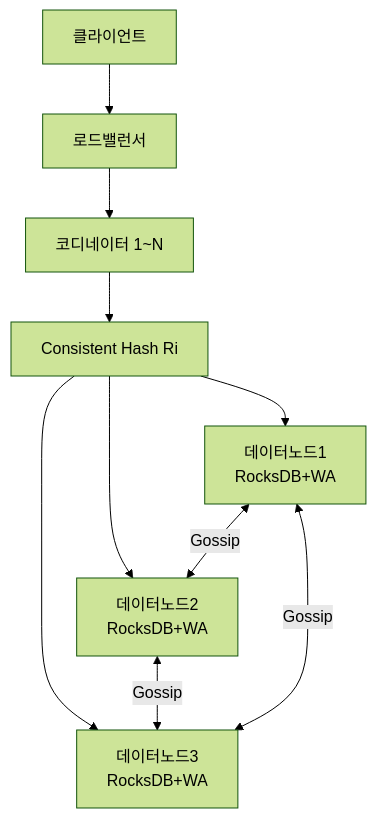
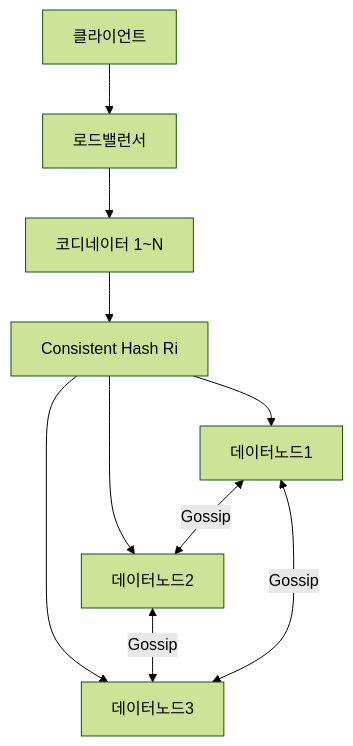
Before and after one commit to yjkim2015/yjkim2015.github.io: the sixth of 8 diagrams in _posts/systemdesign/2026-05-03-system-design-kv-store.md, drawn with Mermaid (forest theme). The commit also changed other lines of this file and 217 other files, not shown here.

First line of the commit message:
Mermaid 크기 수정: useMaxWidth:true + SVG max-width:100% + 라벨 축소

````diff
--- a/_posts/systemdesign/2026-05-03-system-design-kv-store.md
+++ b/_posts/systemdesign/2026-05-03-system-design-kv-store.md
@@ -581,10 +581,10 @@
 ```mermaid
 graph TD
     Client["클라이언트"] --> LB["로드밸런서"]
     LB --> Coord["코디네이터 1~N"]
     Coord --> Ring["Consistent Hash Ri"]
-    Ring --> D1["데이터노드1\nRocksDB+WA"]
-    Ring --> D2["데이터노드2\nRocksDB+WA"]
-    Ring --> D3["데이터노드3\nRocksDB+WA"]
+    Ring --> D1["데이터노드1"]
+    Ring --> D2["데이터노드2"]
+    Ring --> D3["데이터노드3"]
     D1 <-->|"Gossip"| D2 <-->|"Gossip"| D3 <-->|"Gossip"| D1
 ```
````
